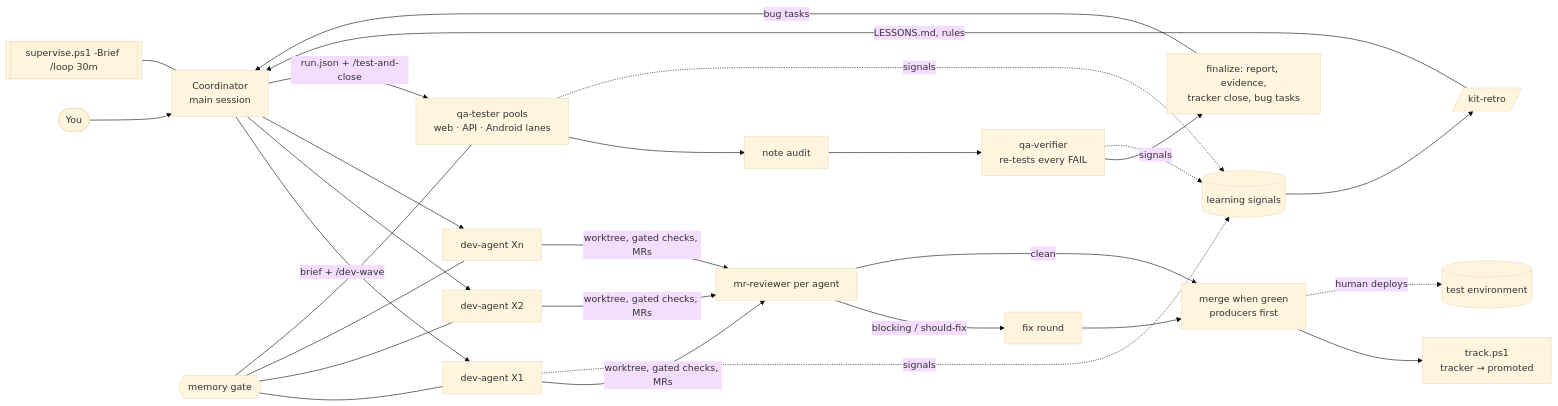
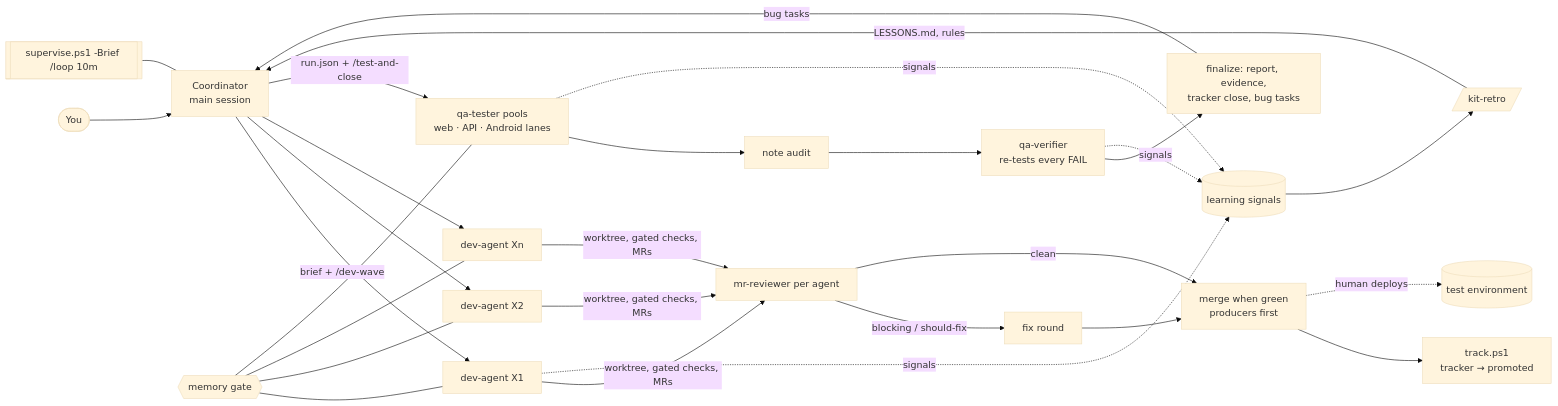
One commit to prskid1000/claude-crew changed the second of 2 diagrams in README.md. Above: the diagram before and after it, drawn with Mermaid (base theme). The commit also changed other lines of this file and 1 other file, not shown here.

Commit message:
docs(orchestrate): supervise heartbeat every 10 minutes, not 30

````diff
--- a/README.md
+++ b/README.md
@@ -96,21 +96,21 @@
 ```mermaid
 flowchart LR
   U([You]) --> C[Coordinator<br/>main session]
   C -->|brief + /dev-wave| B1[dev-agent X1]
   C --> B2[dev-agent X2]
   C --> B3[dev-agent Xn]
   B1 & B2 & B3 -->|worktree, gated checks, MRs| R[mr-reviewer per agent]
   R -->|blocking / should-fix| F[fix round]
   R -->|clean| M[merge when green<br/>producers first]
   F --> M
   M --> T[track.ps1<br/>tracker → promoted]
   M -.human deploys.-> D[(test environment)]
   C -->|run.json + /test-and-close| Q[qa-tester pools<br/>web · API · Android lanes]
   Q --> A[note audit] --> V[qa-verifier<br/>re-tests every FAIL]
   V --> P[finalize: report, evidence,<br/>tracker close, bug tasks]
   P -->|bug tasks| C
   B1 & Q & V -.signals.-> L[(learning signals)]
   L --> K[/kit-retro/] -->|LESSONS.md, rules| C
   G{{memory gate}} --- B1 & B2 & B3 & Q
-  S[[supervise.ps1 -Brief /loop 30m]] --- C
+  S[[supervise.ps1 -Brief /loop 10m]] --- C
 ```
````
